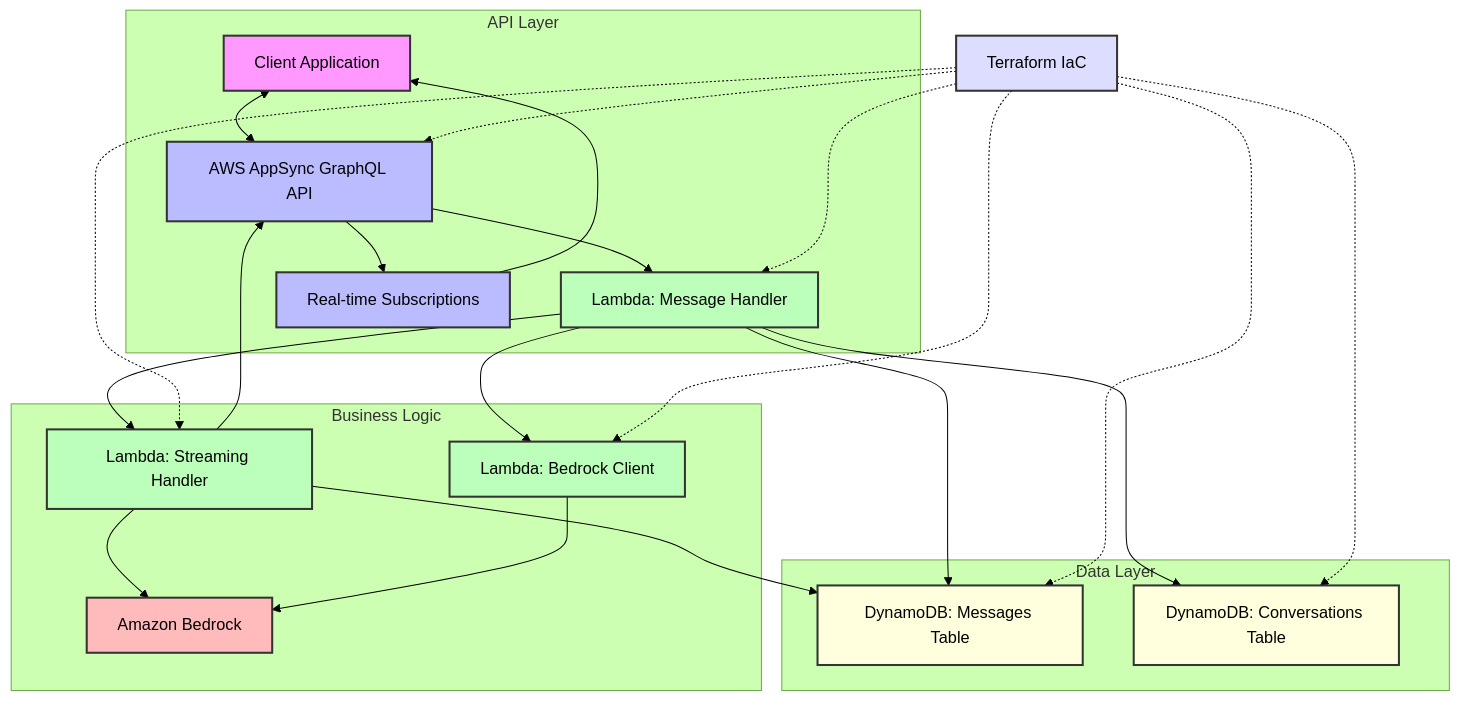
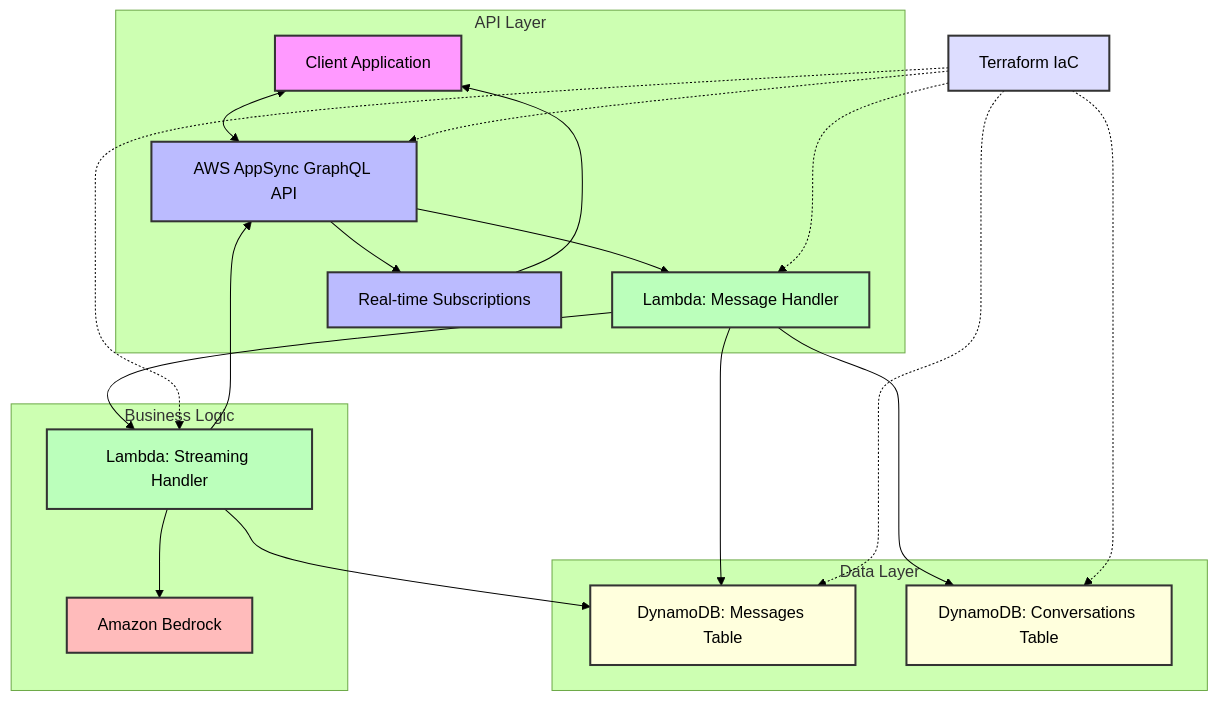
Before and after one commit to aws-samples/sample-aws-appsync-bedrock-chatbot-terraform: the first of 4 diagrams in architecture-diagram.md, drawn with Mermaid (forest theme). The commit also changed other lines of this file and 7 other files, not shown here.

First line of the commit message:
refactor: remove unused Bedrock Client Lambda

````diff
--- a/architecture-diagram.md
+++ b/architecture-diagram.md
@@ -5,43 +5,39 @@
 ```mermaid
 flowchart TD
     Client[Client Application] <--> AppSync[AWS AppSync GraphQL API]
     
     subgraph "API Layer"
         AppSync --> MessageHandler[Lambda: Message Handler]
         AppSync --> Subscriptions[Real-time Subscriptions]
         Subscriptions --> Client
     end
     
     subgraph "Business Logic"
         MessageHandler --> StreamingHandler[Lambda: Streaming Handler]
-        MessageHandler --> BedrockClient[Lambda: Bedrock Client]
         StreamingHandler --> Bedrock[Amazon Bedrock]
-        BedrockClient --> Bedrock
     end
     
     subgraph "Data Layer"
         MessageHandler --> MessagesTable[DynamoDB: Messages Table]
         MessageHandler --> ConversationsTable[DynamoDB: Conversations Table]
         StreamingHandler --> MessagesTable
     end
     
     StreamingHandler --> AppSync
     
     Terraform[Terraform IaC] -.-> AppSync
     Terraform -.-> MessageHandler
-    Terraform -.-> BedrockClient
     Terraform -.-> StreamingHandler
     Terraform -.-> MessagesTable
     Terraform -.-> ConversationsTable
     
     style Client fill:#f9f,stroke:#333,stroke-width:2px
     style AppSync fill:#bbf,stroke:#333,stroke-width:2px
     style MessageHandler fill:#bfb,stroke:#333,stroke-width:2px
-    style BedrockClient fill:#bfb,stroke:#333,stroke-width:2px
     style StreamingHandler fill:#bfb,stroke:#333,stroke-width:2px
     style Bedrock fill:#fbb,stroke:#333,stroke-width:2px
     style MessagesTable fill:#ffd,stroke:#333,stroke-width:2px
     style ConversationsTable fill:#ffd,stroke:#333,stroke-width:2px
     style Terraform fill:#ddf,stroke:#333,stroke-width:2px
     style Subscriptions fill:#bbf,stroke:#333,stroke-width:2px
 ```
````
